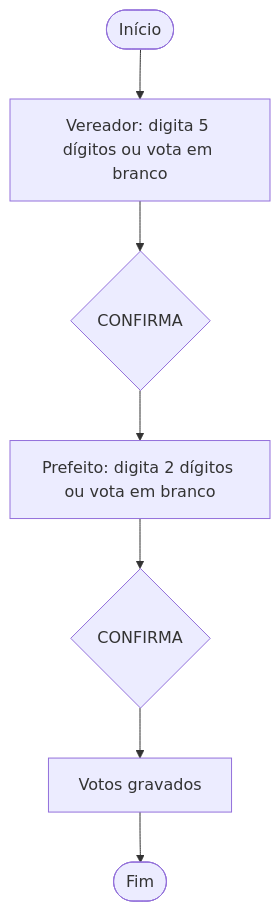
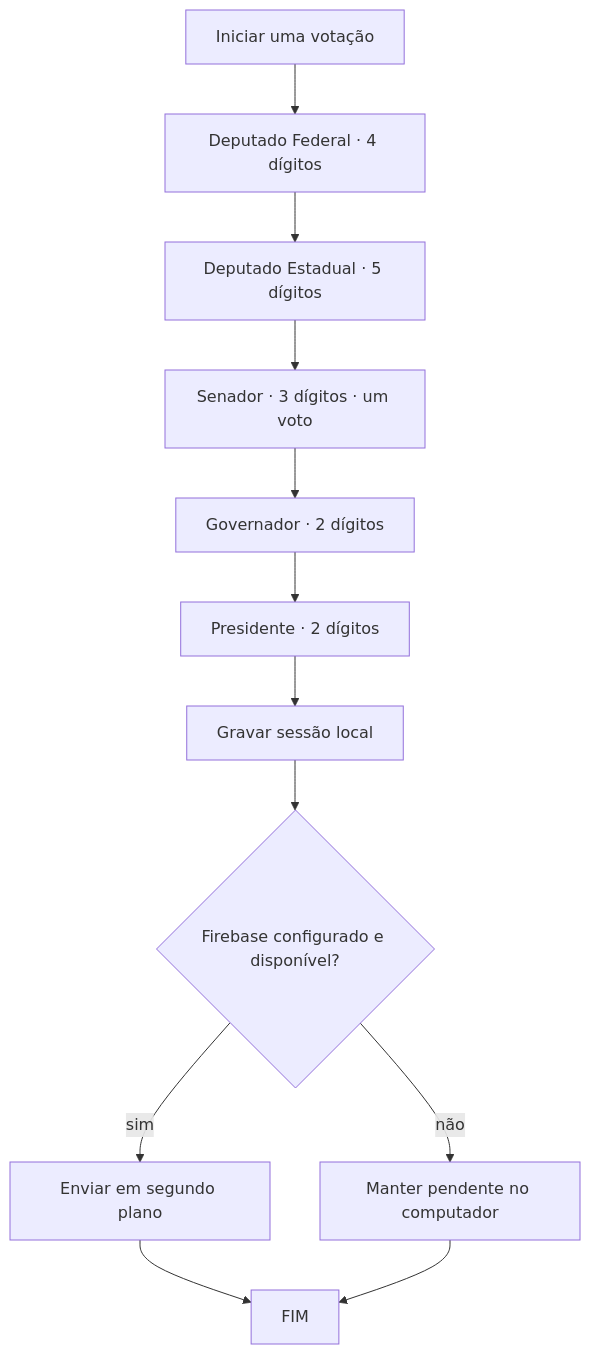
The diagram in docs/regras-de-votacao.md (Sudo-Marco/urna-cidada), drawn with Mermaid before and after one commit. The commit also changed other lines of this file and 23 other files, not shown here.

````diff
--- a/docs/regras-de-votacao.md
+++ b/docs/regras-de-votacao.md
@@ -7,9 +7,14 @@
 ```mermaid
 flowchart TD
-    A(["Início"]) --> B["Vereador: digita 5 dígitos ou vota em branco"]
-    B --> C{"CONFIRMA"}
-    C --> D["Prefeito: digita 2 dígitos ou vota em branco"]
-    D --> E{"CONFIRMA"}
-    E --> F["Votos gravados"]
-    F --> G(["Fim"])
+  A[Iniciar uma votação] --> B[Deputado Federal · 4 dígitos]
+  B --> C[Deputado Estadual · 5 dígitos]
+  C --> D[Senador · 3 dígitos · um voto]
+  D --> E[Governador · 2 dígitos]
+  E --> F[Presidente · 2 dígitos]
+  F --> G[Gravar sessão local]
+  G --> H{Firebase configurado e disponível?}
+  H -- sim --> I[Enviar em segundo plano]
+  H -- não --> J[Manter pendente no computador]
+  I --> K[FIM]
+  J --> K
 ```
````
